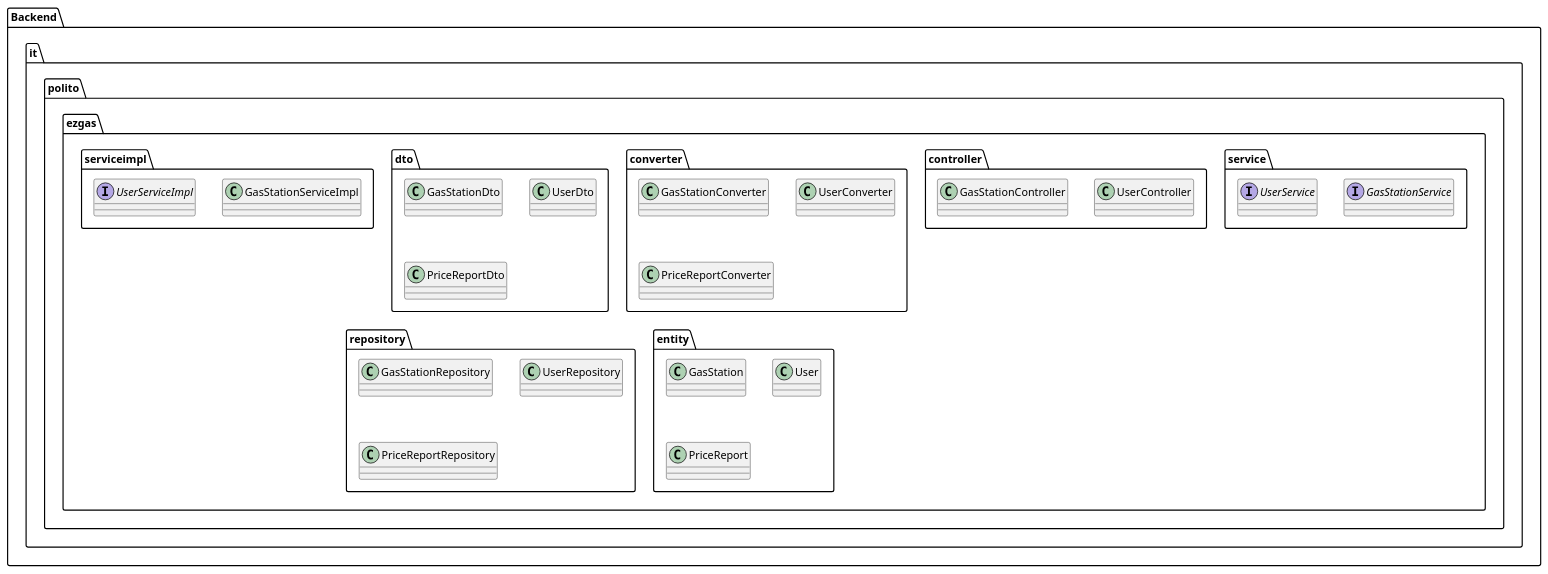
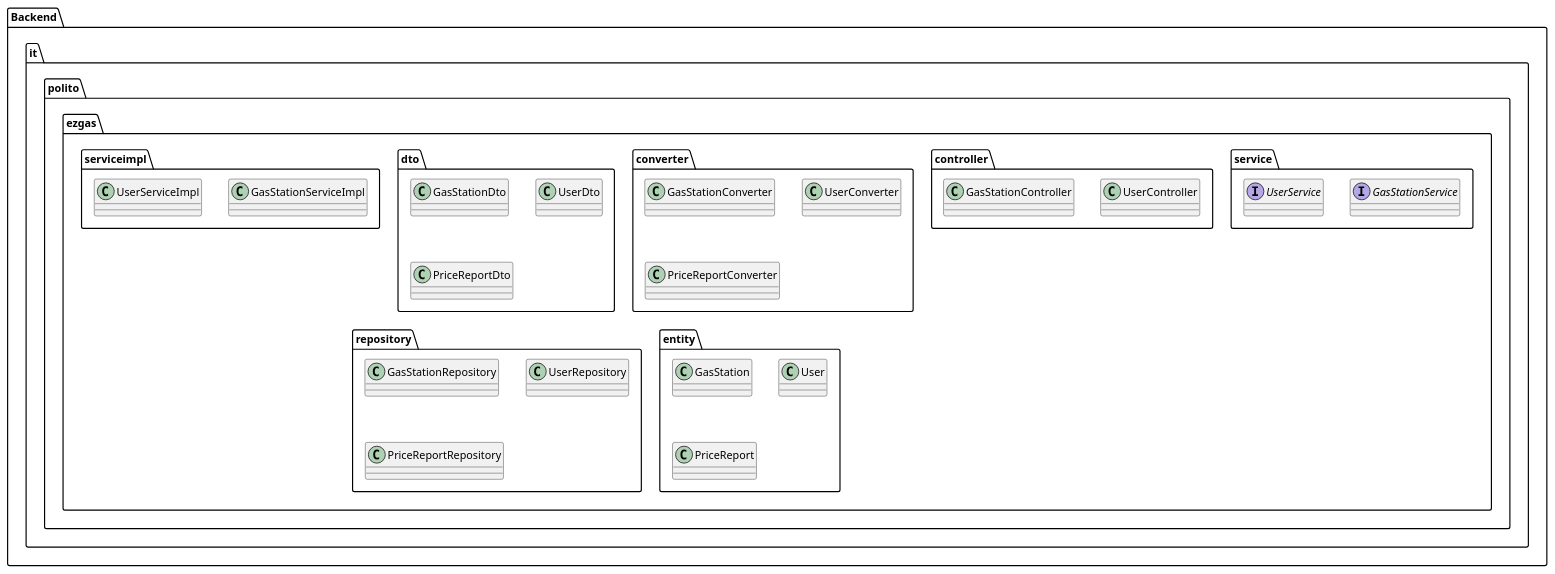
Before and after one commit to HeydarliAtabay/EZgas: the fourth of 4 diagrams in docs/DesignDocument.md, drawn with PlantUML.

Commit message:
docs: fixed typo in low level design uml

````diff
--- a/docs/DesignDocument.md
+++ b/docs/DesignDocument.md
@@ -225,48 +225,48 @@
 ```plantuml
 @startuml
 
 package "Backend" {
 
 package "it.polito.ezgas.service" {
    interface "GasStationService"
    interface "UserService"
 } 
 
 package "it.polito.ezgas.controller" {
     Class UserController
     Class GasStationController
 }
 
 package "it.polito.ezgas.converter" {
     Class GasStationConverter
     Class UserConverter
     Class PriceReportConverter
 }
 
 package "it.polito.ezgas.dto" {
     Class GasStationDto
     Class UserDto
     Class PriceReportDto
 }
 
 package "it.polito.ezgas.entity" {
     Class GasStation
     Class User
     Class PriceReport
 }
 
 package "it.polito.ezgas.repository" {
     Class GasStationRepository
     Class UserRepository
     Class PriceReportRepository
 }
 
 package "it.polito.ezgas.serviceimpl" {
    Class GasStationServiceImpl
-   interface UserServiceImpl
+   Class UserServiceImpl
 } 
 
 }
 
 @enduml
 ```
````
